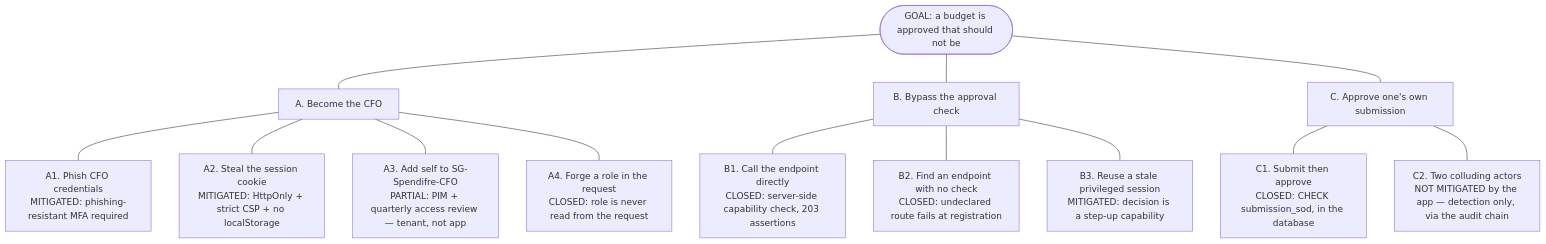
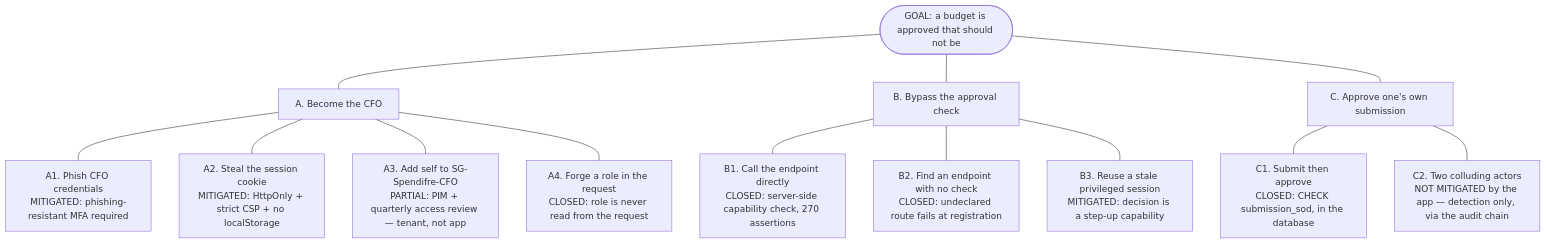
Before and after one commit to nicpozent/budget: the first of 2 diagrams in docs/threat-model.md, drawn with Mermaid. The commit also changed other lines of this file and 27 other files, not shown here.

````diff
--- a/docs/threat-model.md
+++ b/docs/threat-model.md
@@ -197,19 +199,19 @@
 ```mermaid
 flowchart TB
   G(["GOAL: a budget is approved that should not be"])
   G --- A["A. Become the CFO"]
   G --- B["B. Bypass the approval check"]
   G --- C["C. Approve one's own submission"]
 
   A --- A1["A1. Phish CFO credentials<br/>MITIGATED: phishing-resistant MFA required"]
   A --- A2["A2. Steal the session cookie<br/>MITIGATED: HttpOnly + strict CSP + no localStorage"]
   A --- A3["A3. Add self to SG-Spendifre-CFO<br/>PARTIAL: PIM + quarterly access review — tenant, not app"]
   A --- A4["A4. Forge a role in the request<br/>CLOSED: role is never read from the request"]
 
-  B --- B1["B1. Call the endpoint directly<br/>CLOSED: server-side capability check, 203 assertions"]
+  B --- B1["B1. Call the endpoint directly<br/>CLOSED: server-side capability check, 270 assertions"]
   B --- B2["B2. Find an endpoint with no check<br/>CLOSED: undeclared route fails at registration"]
   B --- B3["B3. Reuse a stale privileged session<br/>MITIGATED: decision is a step-up capability"]
 
   C --- C1["C1. Submit then approve<br/>CLOSED: CHECK submission_sod, in the database"]
   C --- C2["C2. Two colluding actors<br/>NOT MITIGATED by the app — detection only, via the audit chain"]
 ```
````
